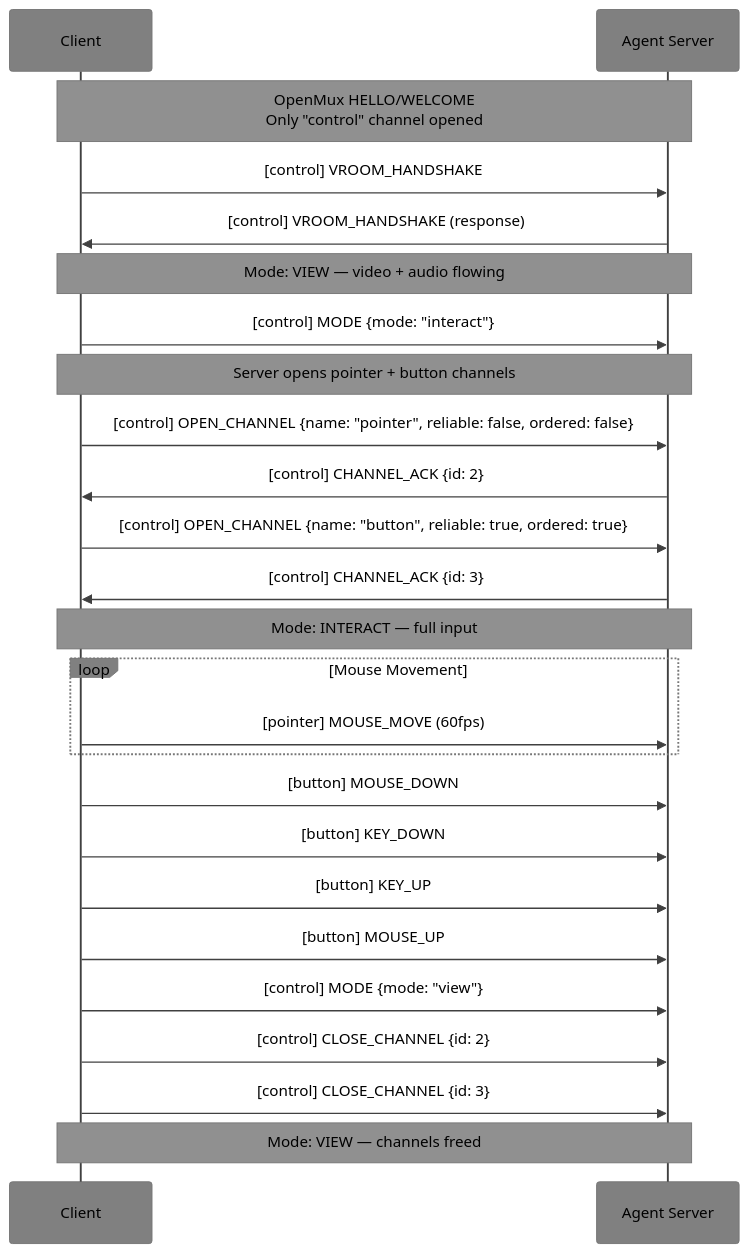
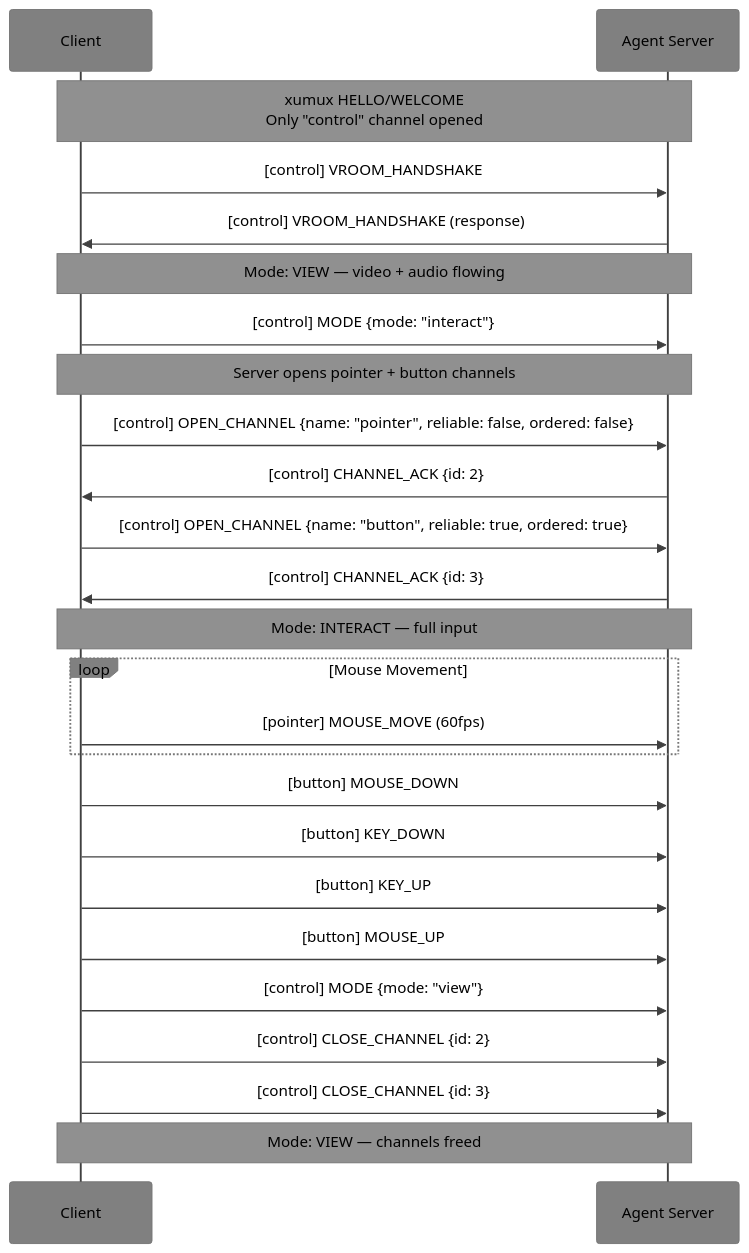
One commit to deftai/vroom changed the third of 23 diagrams in VROOM-Graphical.md. Above: the diagram before and after it, drawn with Mermaid. The commit also changed other lines of this file and 3 other files, not shown here.

First line of the commit message:
docs: rename OpenMux to xumux and update links to xumux.org

````diff
--- a/VROOM-Graphical.md
+++ b/VROOM-Graphical.md
@@ -92,36 +92,36 @@
 ```mermaid
 %%{init: {'theme': 'base', 'themeVariables': {'primaryTextColor': '#000000', 'secondaryTextColor': '#000000', 'tertiaryTextColor': '#000000', 'noteTextColor': '#000000', 'primaryColor': '#909090', 'secondaryColor': '#808080', 'tertiaryColor': '#707070', 'lineColor': '#404040', 'actorLineColor': '#404040', 'signalColor': '#404040', 'actorBkg': '#808080', 'actorTextColor': '#000000', 'noteBkgColor': '#909090'}}}%%
 sequenceDiagram
     participant C as Client
     participant S as Agent Server
 
-    Note over C,S: OpenMux HELLO/WELCOME<br/>Only "control" channel opened
+    Note over C,S: xumux HELLO/WELCOME<br/>Only "control" channel opened
 
     C->>S: [control] VROOM_HANDSHAKE
     S->>C: [control] VROOM_HANDSHAKE (response)
     Note over C,S: Mode: VIEW — video + audio flowing
 
     C->>S: [control] MODE {mode: "interact"}
     Note over C,S: Server opens pointer + button channels
 
     C->>S: [control] OPEN_CHANNEL {name: "pointer", reliable: false, ordered: false}
     S->>C: [control] CHANNEL_ACK {id: 2}
     C->>S: [control] OPEN_CHANNEL {name: "button", reliable: true, ordered: true}
     S->>C: [control] CHANNEL_ACK {id: 3}
 
     Note over C,S: Mode: INTERACT — full input
 
     loop Mouse Movement
         C->>S: [pointer] MOUSE_MOVE (60fps)
     end
 
     C->>S: [button] MOUSE_DOWN
     C->>S: [button] KEY_DOWN
     C->>S: [button] KEY_UP
     C->>S: [button] MOUSE_UP
 
     C->>S: [control] MODE {mode: "view"}
     C->>S: [control] CLOSE_CHANNEL {id: 2}
     C->>S: [control] CLOSE_CHANNEL {id: 3}
     Note over C,S: Mode: VIEW — channels freed
 ```
````
